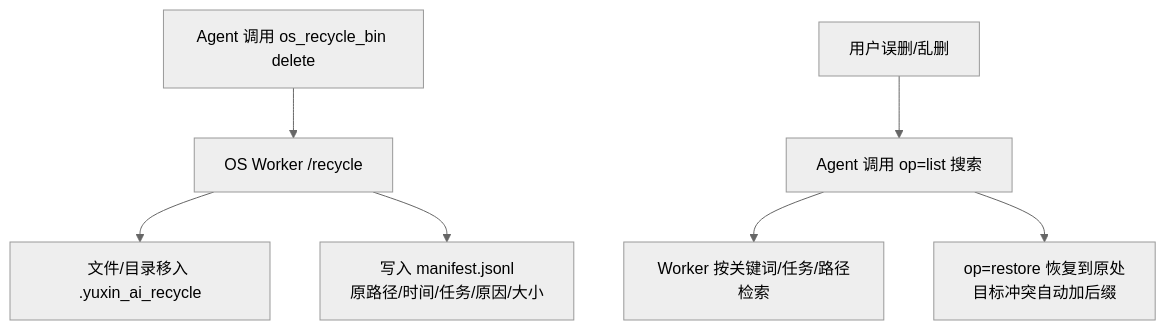
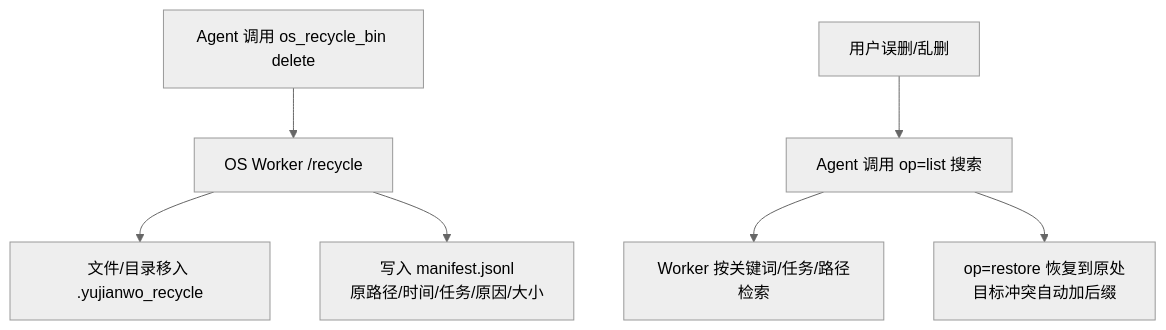
The second of 2 diagrams in docs/research/multi-client-and-device-capabilities-plan.md (NILL-HUB/yuxin-ai), drawn with Mermaid (neutral theme) before and after one commit. The commit also changed other lines of this file and 41 other files, not shown here.

````diff
--- a/docs/research/multi-client-and-device-capabilities-plan.md
+++ b/docs/research/multi-client-and-device-capabilities-plan.md
@@ -68,9 +68,9 @@
 ```mermaid
 flowchart TD
   Agent[Agent 调用 os_recycle_bin delete] --> Worker[OS Worker /recycle]
-  Worker --> Move[文件/目录移入 .yuxin_ai_recycle]
+  Worker --> Move[文件/目录移入 .yujianwo_recycle]
   Worker --> Manifest[写入 manifest.jsonl<br/>原路径/时间/任务/原因/大小]
   User[用户误删/乱删] --> Agent2[Agent 调用 op=list 搜索]
   Agent2 --> Worker2[Worker 按关键词/任务/路径检索]
   Agent2 --> Restore[op=restore 恢复到原处<br/>目标冲突自动加后缀]
 ```
````
